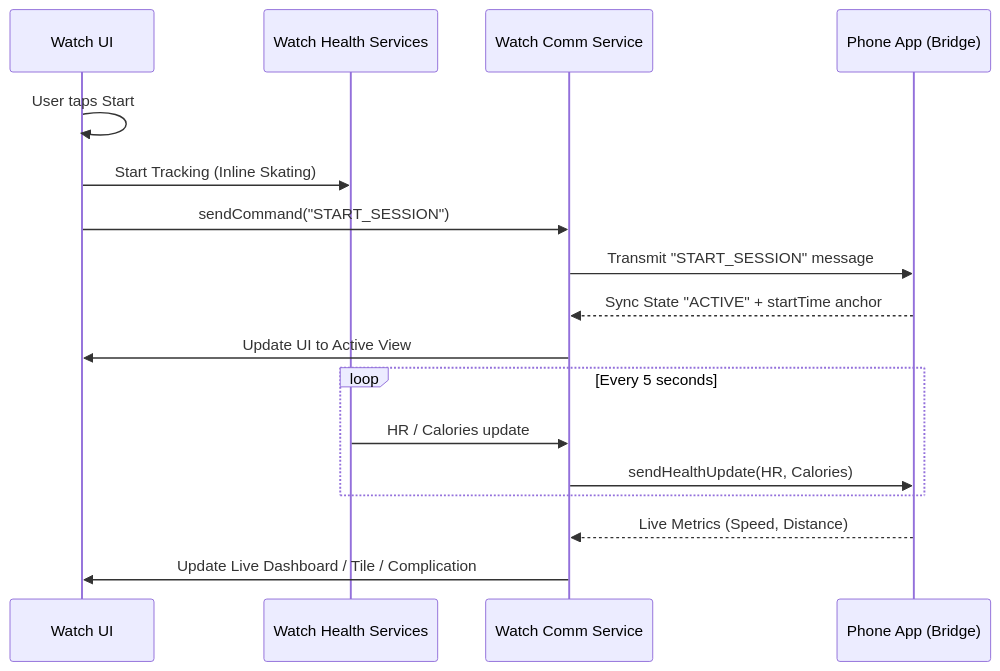
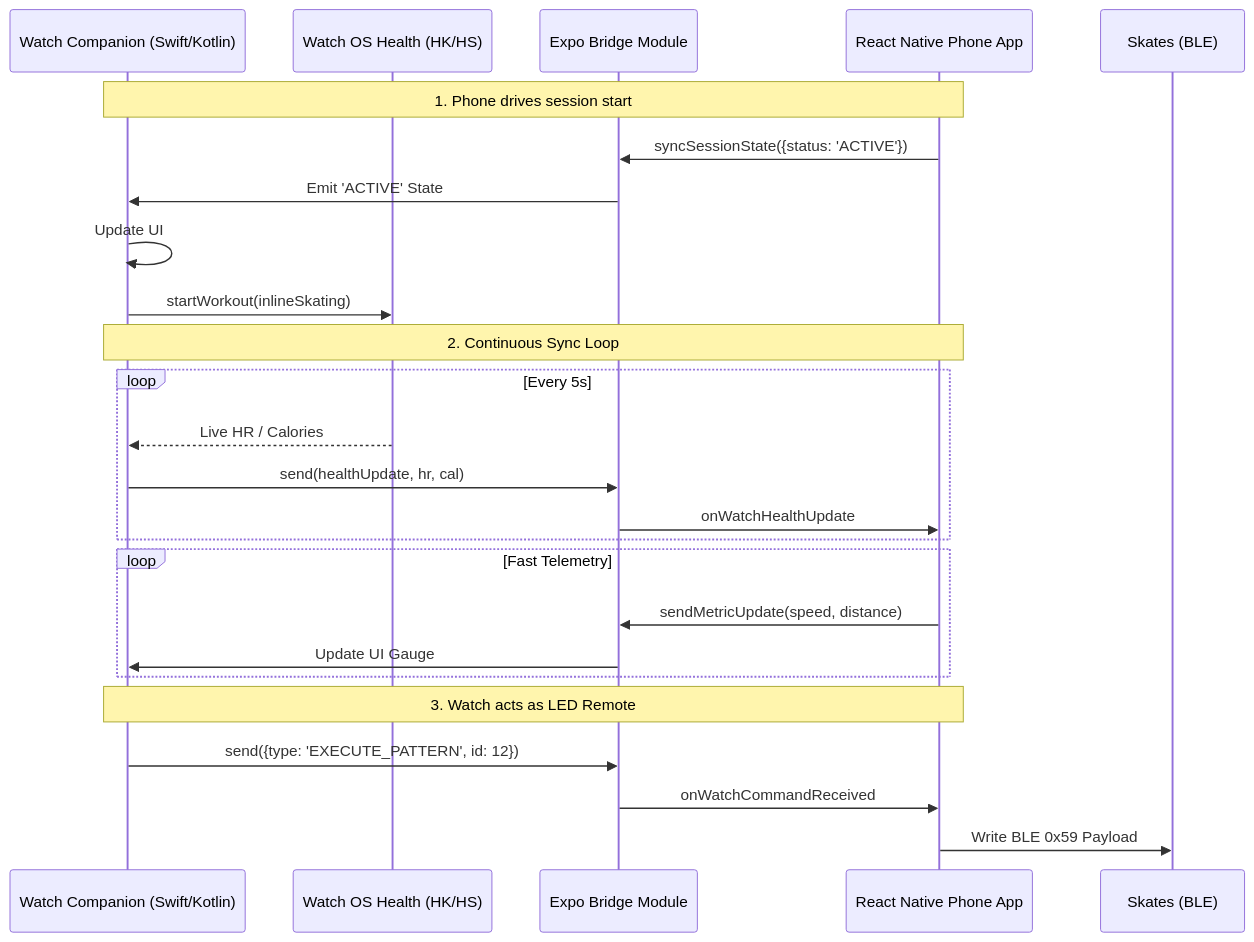
Before and after one commit to Neogleamz/SK8Lytz: diagram 11 of 24 in docs/SK8Lytz_App_Master_Reference.md, drawn with Mermaid. The commit also changed other lines of this file and 7 other files, not shown here.

````diff
--- a/docs/SK8Lytz_App_Master_Reference.md
+++ b/docs/SK8Lytz_App_Master_Reference.md
@@ -2072,20 +2116,31 @@
 ```mermaid
 sequenceDiagram
-    participant W as Watch UI
-    participant HC as Watch Health Services
-    participant WM as Watch Comm Service
-    participant P as Phone App (Bridge)
+    participant W as Watch Companion (Swift/Kotlin)
+    participant OS as Watch OS Health (HK/HS)
+    participant B as Expo Bridge Module
+    participant P as React Native Phone App
+    participant Skate as Skates (BLE)
+
+    Note over P, W: 1. Phone drives session start
+    P->>B: syncSessionState({status: 'ACTIVE'})
+    B->>W: Emit 'ACTIVE' State
+    W->>W: Update UI
+    W->>OS: startWorkout(inlineSkating)
     
-    W->>W: User taps Start
-    W->>HC: Start Tracking (Inline Skating)
-    W->>WM: sendCommand("START_SESSION")
-    WM->>P: Transmit "START_SESSION" message
-    P-->>WM: Sync State "ACTIVE" + startTime anchor
-    WM->>W: Update UI to Active View
-    loop Every 5 seconds
-        HC->>WM: HR / Calories update
-        WM->>P: sendHealthUpdate(HR, Calories)
+    Note over P, W: 2. Continuous Sync Loop
+    loop Every 5s
+        OS-->>W: Live HR / Calories
+        W->>B: send(healthUpdate, hr, cal)
+        B->>P: onWatchHealthUpdate
     end
-    P-->>WM: Live Metrics (Speed, Distance)
-    WM->>W: Update Live Dashboard / Tile / Complication
+    
+    loop Fast Telemetry
+        P->>B: sendMetricUpdate(speed, distance)
+        B->>W: Update UI Gauge
+    end
+    
+    Note over P, W: 3. Watch acts as LED Remote
+    W->>B: send({type: 'EXECUTE_PATTERN', id: 12})
+    B->>P: onWatchCommandReceived
+    P->>Skate: Write BLE 0x59 Payload
 ```
````
